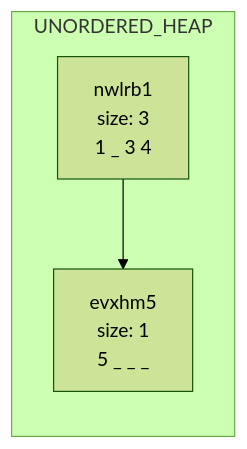
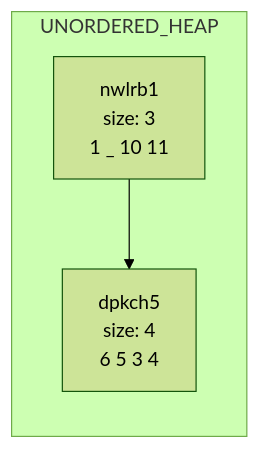
The second of 2 diagrams in data/chart.md (princevarshney05/BPTree), drawn with Mermaid (forest theme) before and after one commit. The commit also changed other lines of this file and 1 other file, not shown here.

````diff
--- a/data/chart.md
+++ b/data/chart.md
@@ -11,8 +13,8 @@
 ```mermaid
 graph LR
 subgraph UNORDERED_HEAP
-nwlrb1[nwlrb1<br/>size: 3<br/>1 _ 3 4 ]
-evxhm5[evxhm5<br/>size: 1<br/>5 _ _ _ ]
-nwlrb1-->evxhm5
+nwlrb1[nwlrb1<br/>size: 3<br/>1 _ 10 11 ]
+dpkch5[dpkch5<br/>size: 4<br/>6 5 3 4 ]
+nwlrb1-->dpkch5
 end
 ```
````
